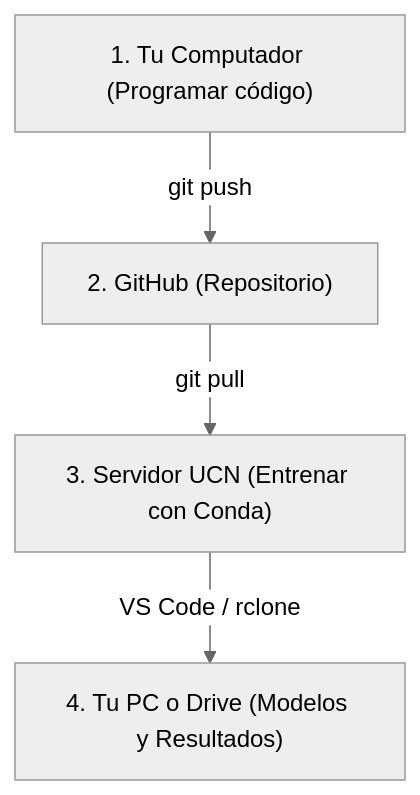
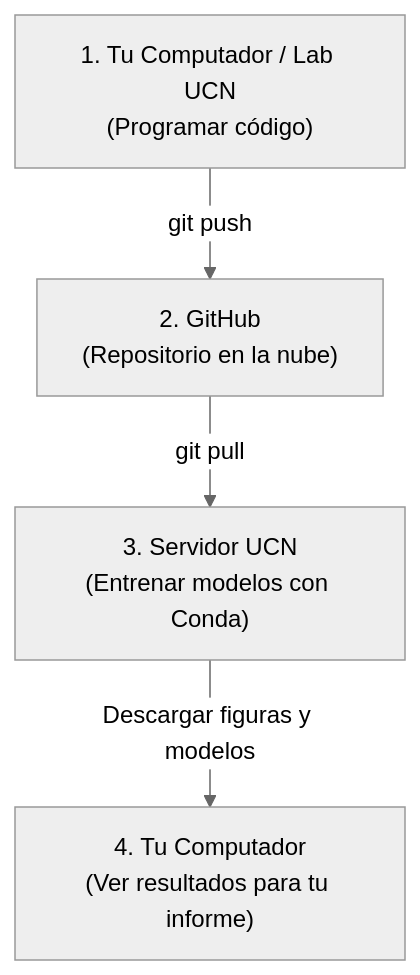
Before and after one commit to Gael-OC/machine-learning-2026-02: the first of 2 diagrams in guias/02-servidor-conda.md, drawn with Mermaid (neutral theme). The commit also changed other lines of this file and 1 other file, not shown here.

Commit message:
docs: actualizar flujo ssh powershell y descarga de resultados en guia 02

````diff
--- a/guias/02-servidor-conda.md
+++ b/guias/02-servidor-conda.md
@@ -13,6 +13,6 @@
 ```mermaid
 flowchart TD
-    A["1. Tu Computador (Programar código)"] -->|git push| B["2. GitHub (Repositorio)"]
-    B -->|git pull| C["3. Servidor UCN (Entrenar con Conda)"]
-    C -->|VS Code / rclone| D["4. Tu PC o Drive (Modelos y Resultados)"]
+    A["1. Tu Computador / Lab UCN<br/>(Programar código)"] -->|git push| B["2. GitHub<br/>(Repositorio en la nube)"]
+    B -->|git pull| C["3. Servidor UCN<br/>(Entrenar modelos con Conda)"]
+    C -->|Descargar figuras y modelos| D["4. Tu Computador<br/>(Ver resultados para tu informe)"]
 ```
````
